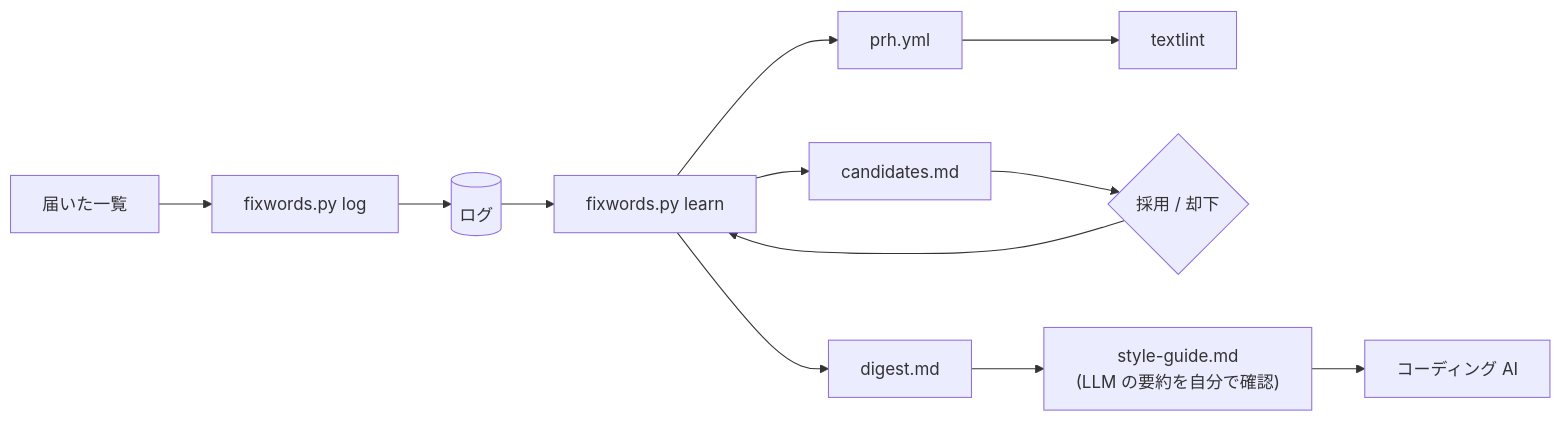
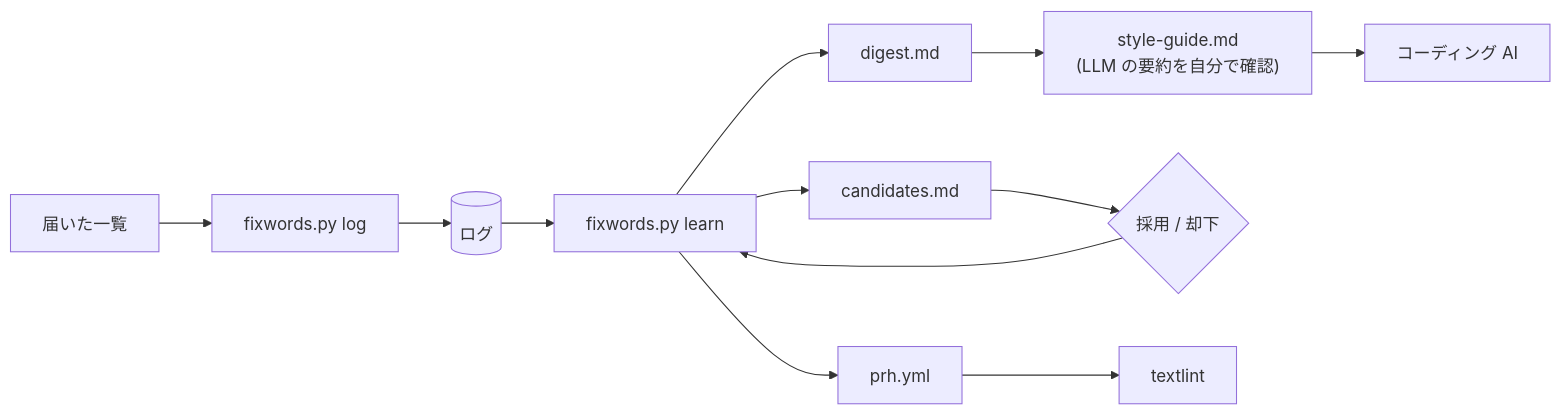
Before and after one commit to HiroshigeAoki/fixwords: the diagram in README.ja.md, drawn with Mermaid. The commit also changed other lines of this file and 1 other file, not shown here.

First line of the commit message:
Put the style-guide branch first in the learn-flow diagram

````diff
--- a/README.ja.md
+++ b/README.ja.md
@@ -164,7 +164,7 @@
 ```mermaid
 flowchart LR
   report["届いた一覧"] --> log["fixwords.py log"] --> store[("ログ")] --> learn["fixwords.py learn"]
+  learn --> digest["digest.md"] --> guide["style-guide.md<br>(LLM の要約を自分で確認)"] --> agent["コーディング AI"]
+  learn --> cand["candidates.md"] --> decide{"採用 / 却下"} --> learn
   learn --> prh["prh.yml"] --> lint["textlint"]
-  learn --> cand["candidates.md"] --> decide{"採用 / 却下"} --> learn
-  learn --> digest["digest.md"] --> guide["style-guide.md<br>(LLM の要約を自分で確認)"] --> agent["コーディング AI"]
 ```
````
